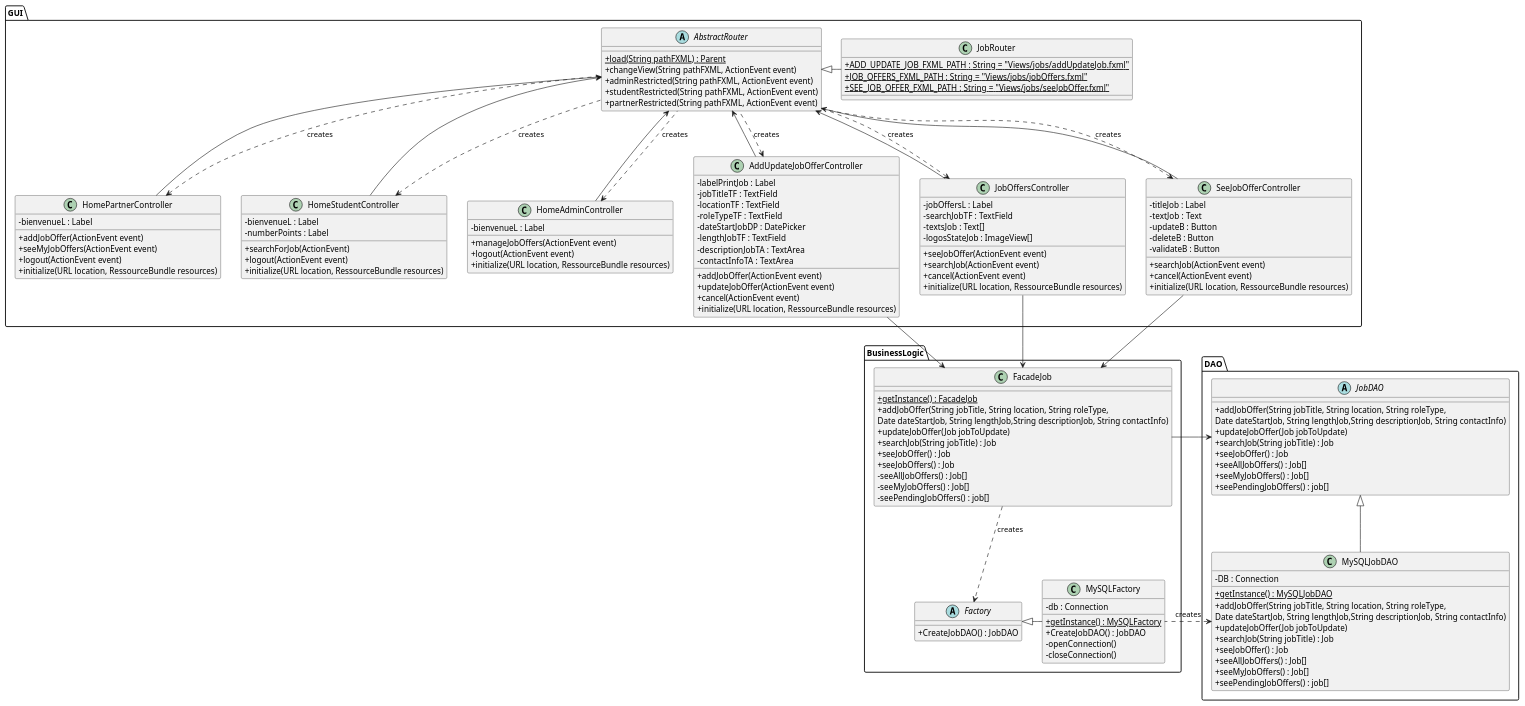
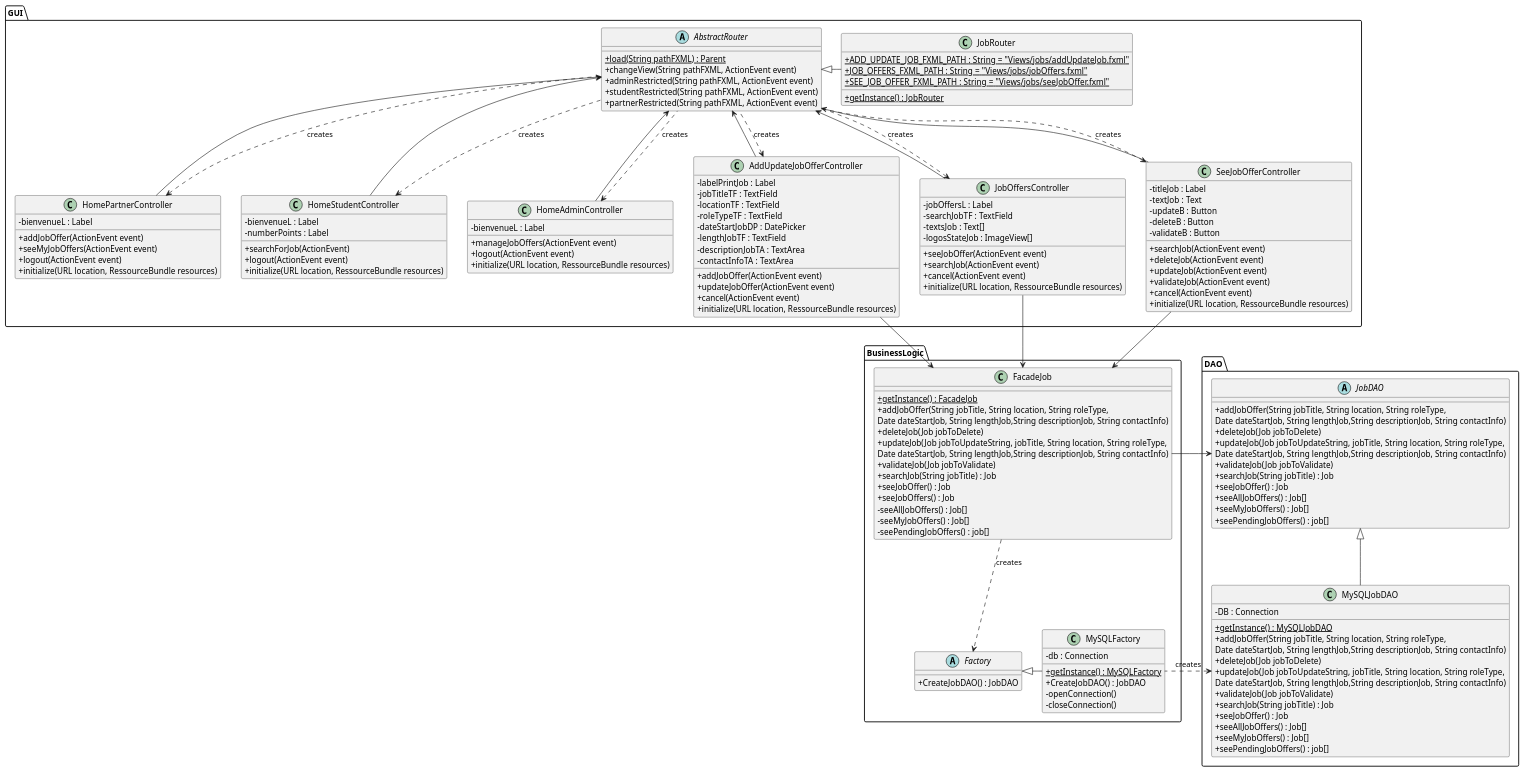
One commit to guiguie34/StudEasy changed the diagram in classDiagrams/jobManagement.puml. Above: the diagram before and after it, drawn with PlantUML. The commit also changed 1 other file, not shown here.

Commit message:
Feedback Management class diagram + fix job Management class diagram

```diff
--- a/classDiagrams/jobManagement.puml
+++ b/classDiagrams/jobManagement.puml
@@ -1,165 +1,178 @@
 @startuml
 skinparam classAttributeIconSize 0
 
 package GUI{
 
     abstract class AbstractRouter{
         + {static} load(String pathFXML) : Parent
         + changeView(String pathFXML, ActionEvent event)
         + adminRestricted(String pathFXML, ActionEvent event)
         + studentRestricted(String pathFXML, ActionEvent event)
         + partnerRestricted(String pathFXML, ActionEvent event)
     }
 
     class JobRouter{
         + {static} ADD_UPDATE_JOB_FXML_PATH : String = "Views/jobs/addUpdateJob.fxml"
         + {static} JOB_OFFERS_FXML_PATH : String = "Views/jobs/jobOffers.fxml"
         + {static} SEE_JOB_OFFER_FXML_PATH : String = "Views/jobs/seeJobOffer.fxml"
+        + {static} getInstance() : JobRouter
     }
 
     class HomePartnerController{
         - bienvenueL : Label
         + addJobOffer(ActionEvent event)
         + seeMyJobOffers(ActionEvent event)
         + logout(ActionEvent event)
         + initialize(URL location, RessourceBundle resources)
     }
 
     class HomeStudentController{
         - bienvenueL : Label
         - numberPoints : Label
         + searchForJob(ActionEvent)
         + logout(ActionEvent event)
         + initialize(URL location, RessourceBundle resources)
     }
 
     class HomeAdminController{
         - bienvenueL : Label
         + manageJobOffers(ActionEvent event)
         + logout(ActionEvent event)
         + initialize(URL location, RessourceBundle resources)
     }
 
     class AddUpdateJobOfferController{
         - labelPrintJob : Label
         - jobTitleTF : TextField
         - locationTF : TextField
         - roleTypeTF : TextField
         - dateStartJobDP : DatePicker
         - lengthJobTF : TextField
         - descriptionJobTA : TextArea
         - contactInfoTA : TextArea
         + addJobOffer(ActionEvent event)
         + updateJobOffer(ActionEvent event)
         + cancel(ActionEvent event)
         + initialize(URL location, RessourceBundle resources)
     }
 
     class JobOffersController{
         - jobOffersL : Label
         - searchJobTF : TextField
         - textsJob : Text[]
         - logosStateJob : ImageView[]
         + seeJobOffer(ActionEvent event)
         + searchJob(ActionEvent event)
         + cancel(ActionEvent event)
         + initialize(URL location, RessourceBundle resources)
     }
 
     class SeeJobOfferController{
         - titleJob : Label
         - textJob : Text
         - updateB : Button
         - deleteB : Button
         - validateB : Button
         + searchJob(ActionEvent event)
+        + deleteJob(ActionEvent event)
+        + updateJob(ActionEvent event)
+        + validateJob(ActionEvent event)
         + cancel(ActionEvent event)
         + initialize(URL location, RessourceBundle resources)
     }
 
         AbstractRouter <|-right- JobRouter
 
         AbstractRouter <-- HomePartnerController
         AbstractRouter <-- HomeStudentController
         AbstractRouter <-- HomeAdminController
         AbstractRouter <-- AddUpdateJobOfferController
         AbstractRouter <-- JobOffersController
         AbstractRouter <-- SeeJobOfferController
 
         HomePartnerController <.. AbstractRouter : creates
         HomeStudentController <.. AbstractRouter : creates
         HomeAdminController <.. AbstractRouter : creates
         AddUpdateJobOfferController <.. AbstractRouter : creates
         JobOffersController <.. AbstractRouter : creates
         SeeJobOfferController <.. AbstractRouter : creates
 }
 
 package BusinessLogic{
 
     class FacadeJob{
         + {static} getInstance() : FacadeJob
         + addJobOffer(String jobTitle, String location, String roleType,
          Date dateStartJob, String lengthJob,String descriptionJob, String contactInfo)
-        + updateJobOffer(Job jobToUpdate)
+        + deleteJob(Job jobToDelete)
+        + updateJob(Job jobToUpdateString, jobTitle, String location, String roleType,
+          Date dateStartJob, String lengthJob,String descriptionJob, String contactInfo)
+        + validateJob(Job jobToValidate)
         + searchJob(String jobTitle) : Job
         + seeJobOffer() : Job
         + seeJobOffers() : Job
         - seeAllJobOffers() : Job[]
         - seeMyJobOffers() : Job[]
         - seePendingJobOffers() : job[]
     }
 
     abstract class Factory{
         + CreateJobDAO() : JobDAO
     }
 
     class MySQLFactory{
         - db : Connection
         + {static} getInstance() : MySQLFactory
         + CreateJobDAO() : JobDAO
         - openConnection()
         - closeConnection()
     }
 
 
     AddUpdateJobOfferController --> FacadeJob
     JobOffersController --> FacadeJob
     SeeJobOfferController --> FacadeJob
 
     FacadeJob ..> Factory  : creates
     MySQLFactory -left-|> Factory
 }
 
 package DAO{
 
     abstract class JobDAO{
-+ addJobOffer(String jobTitle, String location, String roleType,
+        + addJobOffer(String jobTitle, String location, String roleType,
          Date dateStartJob, String lengthJob,String descriptionJob, String contactInfo)
-        + updateJobOffer(Job jobToUpdate)
+        + deleteJob(Job jobToDelete)
+        + updateJob(Job jobToUpdateString, jobTitle, String location, String roleType,
+          Date dateStartJob, String lengthJob,String descriptionJob, String contactInfo)
+        + validateJob(Job jobToValidate)
         + searchJob(String jobTitle) : Job
         + seeJobOffer() : Job
         + seeAllJobOffers() : Job[]
         + seeMyJobOffers() : Job[]
         + seePendingJobOffers() : job[]
     }
 
     class MySQLJobDAO{
         - DB : Connection
         + {static} getInstance() : MySQLJobDAO
         + addJobOffer(String jobTitle, String location, String roleType,
          Date dateStartJob, String lengthJob,String descriptionJob, String contactInfo)
-        + updateJobOffer(Job jobToUpdate)
+        + deleteJob(Job jobToDelete)
+        + updateJob(Job jobToUpdateString, jobTitle, String location, String roleType,
+          Date dateStartJob, String lengthJob,String descriptionJob, String contactInfo)
+        + validateJob(Job jobToValidate)
         + searchJob(String jobTitle) : Job
         + seeJobOffer() : Job
         + seeAllJobOffers() : Job[]
         + seeMyJobOffers() : Job[]
         + seePendingJobOffers() : job[]
     }
 
     MySQLJobDAO -up-|> JobDAO
     JobDAO <-right- FacadeJob
 
     MySQLJobDAO <.right. MySQLFactory : creates
 }
 
 @enduml
```
